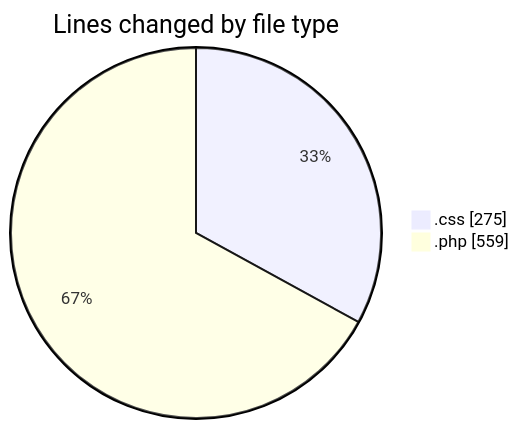
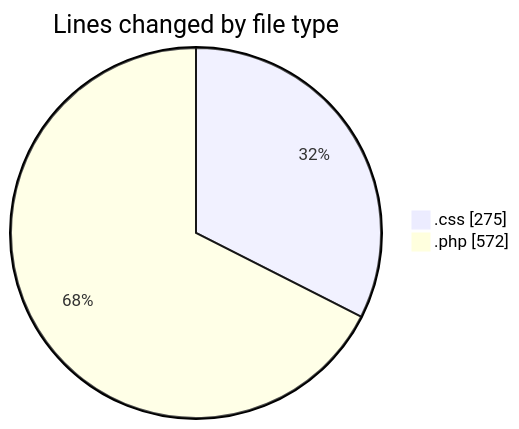
The first of 2 diagrams in 2026-03-20/designexo-child/README.md (momahboobian/code-tracking), drawn with Mermaid before and after one commit. The commit also changed other lines of this file and 1 other file, not shown here.

````diff
--- a/2026-03-20/designexo-child/README.md
+++ b/2026-03-20/designexo-child/README.md
@@ -28,6 +28,6 @@
 ```mermaid
 pie showData
 title Lines changed by file type
 ".css" : 275
-".php" : 559
+".php" : 572
 ```
````
